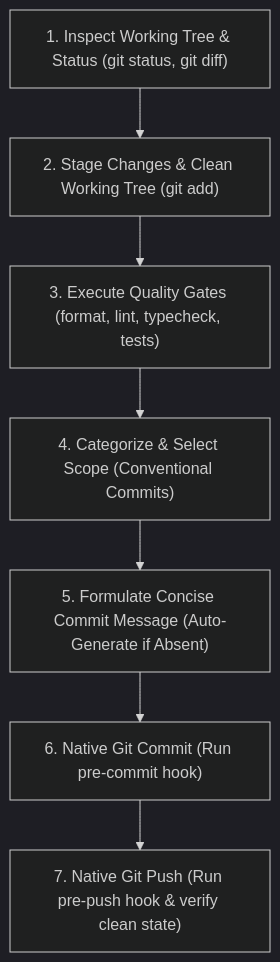
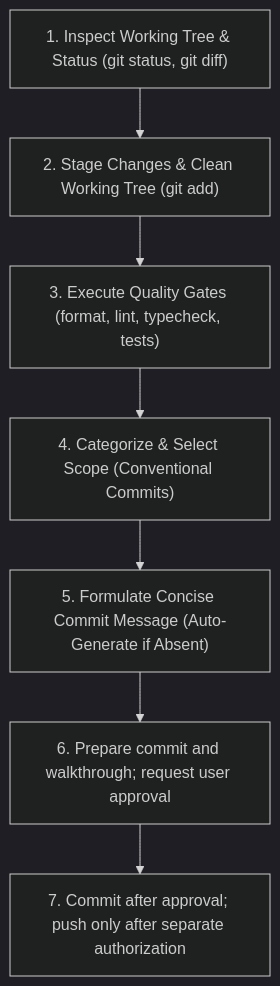
One commit to SteveRodrigue/MCD changed the diagram in .agents/skills/commit-and-push/SKILL.md. Above: the diagram before and after it, drawn with Mermaid (dark theme). The commit also changed other lines of this file and 11 other files, not shown here.

````diff
--- a/.agents/skills/commit-and-push/SKILL.md
+++ b/.agents/skills/commit-and-push/SKILL.md
@@ -24,9 +26,9 @@
 ```mermaid
 flowchart TD
     S1["1. Inspect Working Tree & Status (git status, git diff)"] --> S2["2. Stage Changes & Clean Working Tree (git add)"]
     S2 --> S3["3. Execute Quality Gates (format, lint, typecheck, tests)"]
     S3 --> S4["4. Categorize & Select Scope (Conventional Commits)"]
     S4 --> S5["5. Formulate Concise Commit Message (Auto-Generate if Absent)"]
-    S5 --> S6["6. Native Git Commit (Run pre-commit hook)"]
-    S6 --> S7["7. Native Git Push (Run pre-push hook & verify clean state)"]
+      S5 --> S6["6. Prepare commit and walkthrough; request user approval"]
+      S6 --> S7["7. Commit after approval; push only after separate authorization"]
 ```
````
